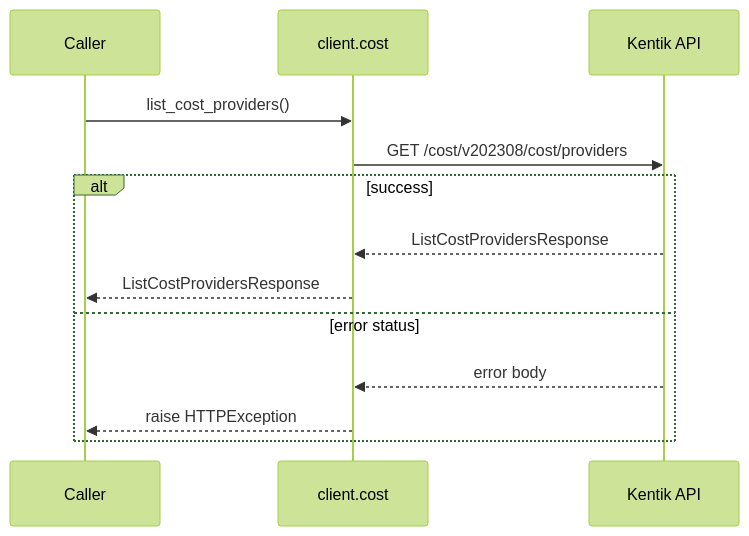
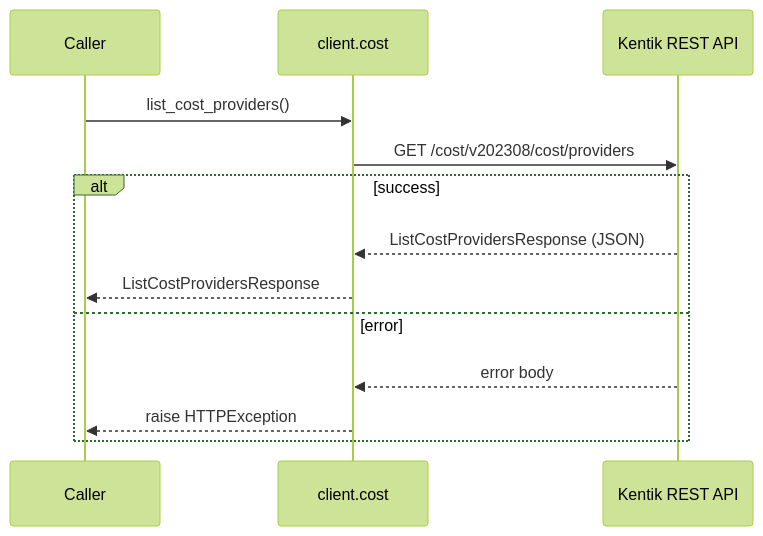
One commit to alexdearaujo/community_sdk_python changed the second of 8 diagrams in docs/sphinx/services/cost.md. Above: the diagram before and after it, drawn with Mermaid (forest theme). The commit also changed other lines of this file and 61 other files, not shown here.

````diff
--- a/docs/sphinx/services/cost.md
+++ b/docs/sphinx/services/cost.md
@@ -33,16 +35,16 @@
 ```mermaid
 sequenceDiagram
     participant C as Caller
     participant W as client.cost
-    participant API as Kentik API
+    participant API as Kentik REST API
 
     C->>W: list_cost_providers()
     W->>API: GET /cost/v202308/cost/providers
     alt success
-        API-->>W: ListCostProvidersResponse
+        API-->>W: ListCostProvidersResponse (JSON)
         W-->>C: ListCostProvidersResponse
-    else error status
+    else error
         API-->>W: error body
         W-->>C: raise HTTPException
     end
 ```
````
